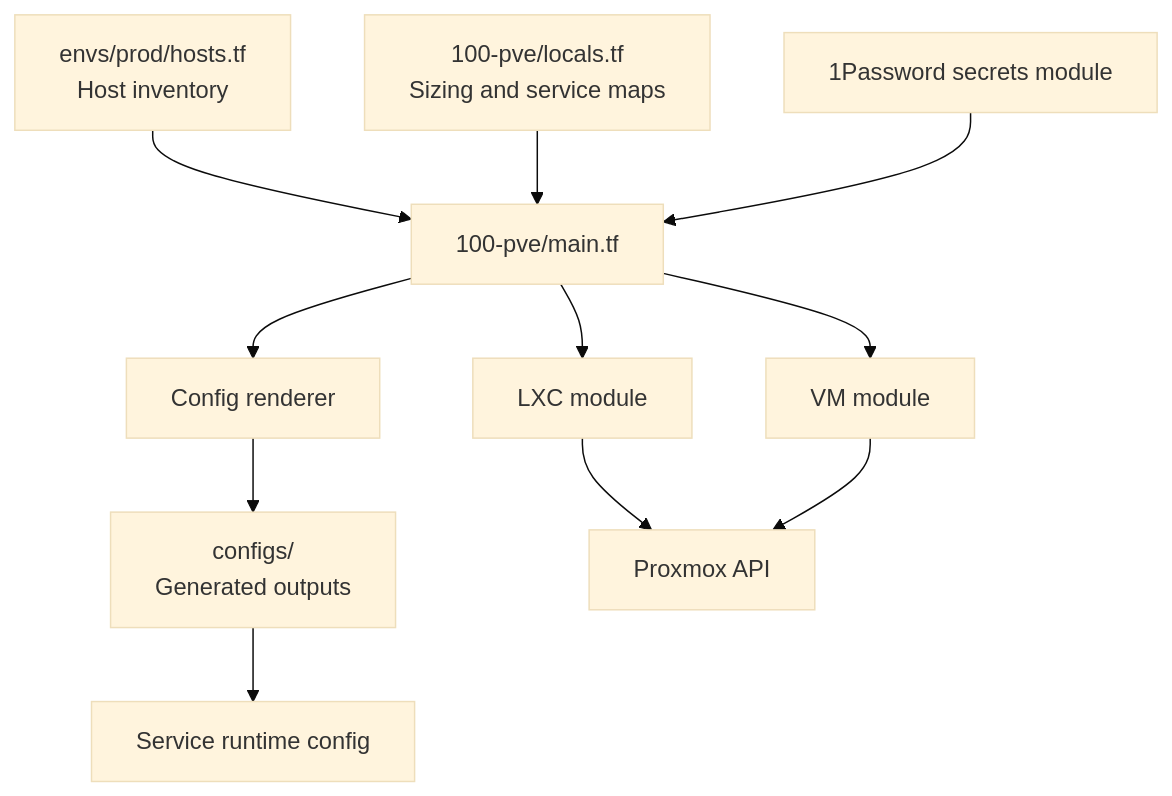
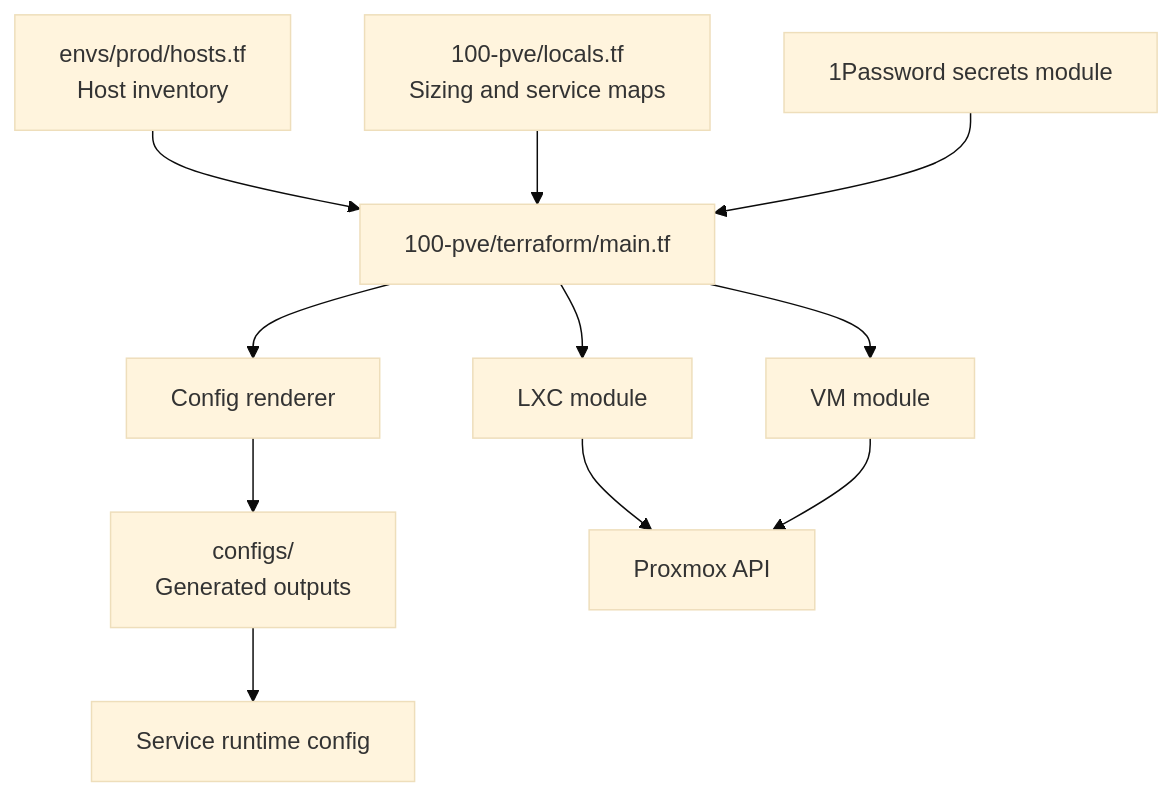
The diagram in 100-pve/README.md (jclee941/terraform), drawn with Mermaid (base theme) before and after one commit. The commit also changed 188 other files, not shown here.

````diff
--- a/100-pve/README.md
+++ b/100-pve/README.md
@@ -9,13 +9,13 @@
 ```mermaid
 flowchart TD
-  Hosts["envs/prod/hosts.tf\nHost inventory"] --> Main["100-pve/main.tf"]
+  Hosts["envs/prod/hosts.tf\nHost inventory"] --> Main["100-pve/terraform/main.tf"]
   Locals["100-pve/locals.tf\nSizing and service maps"] --> Main
   Secrets["1Password secrets module"] --> Main
   Main --> LXC["LXC module"]
   Main --> VM["VM module"]
   Main --> Renderer["Config renderer"]
   Renderer --> Configs["configs/\nGenerated outputs"]
   LXC --> Proxmox["Proxmox API"]
   VM --> Proxmox
   Configs --> Runtime["Service runtime config"]
 ```
````
